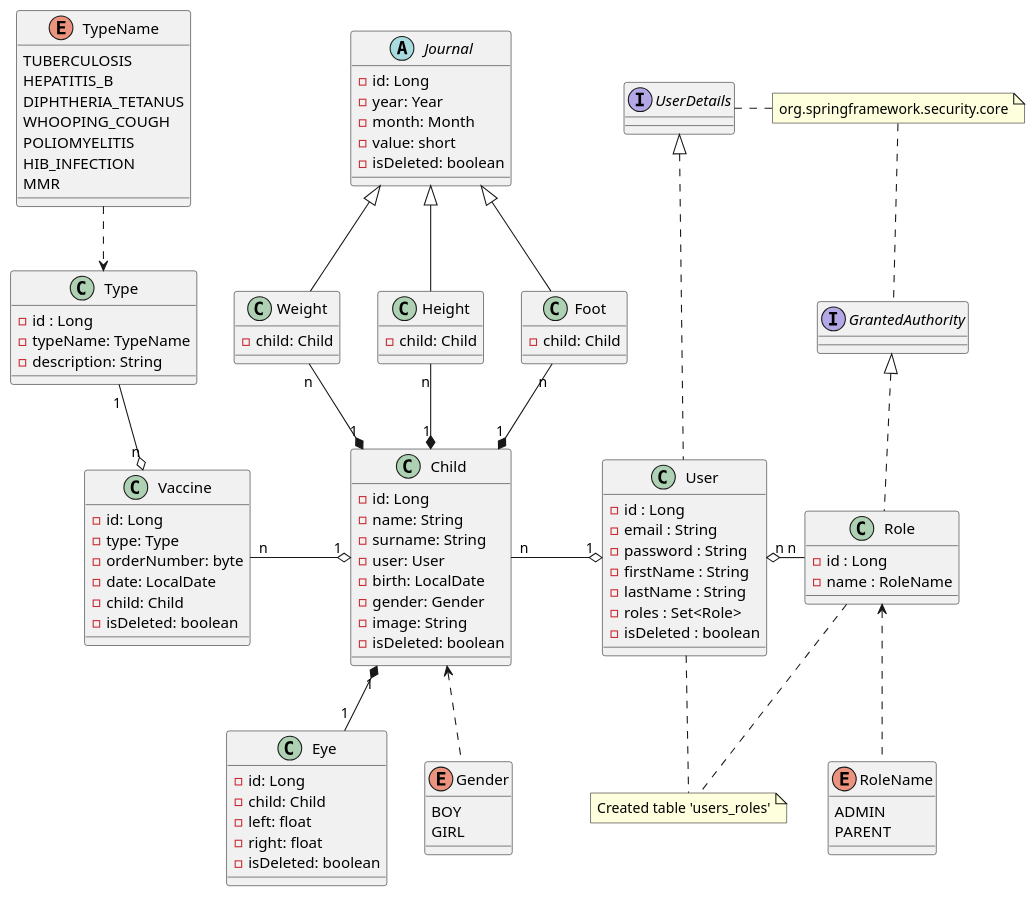
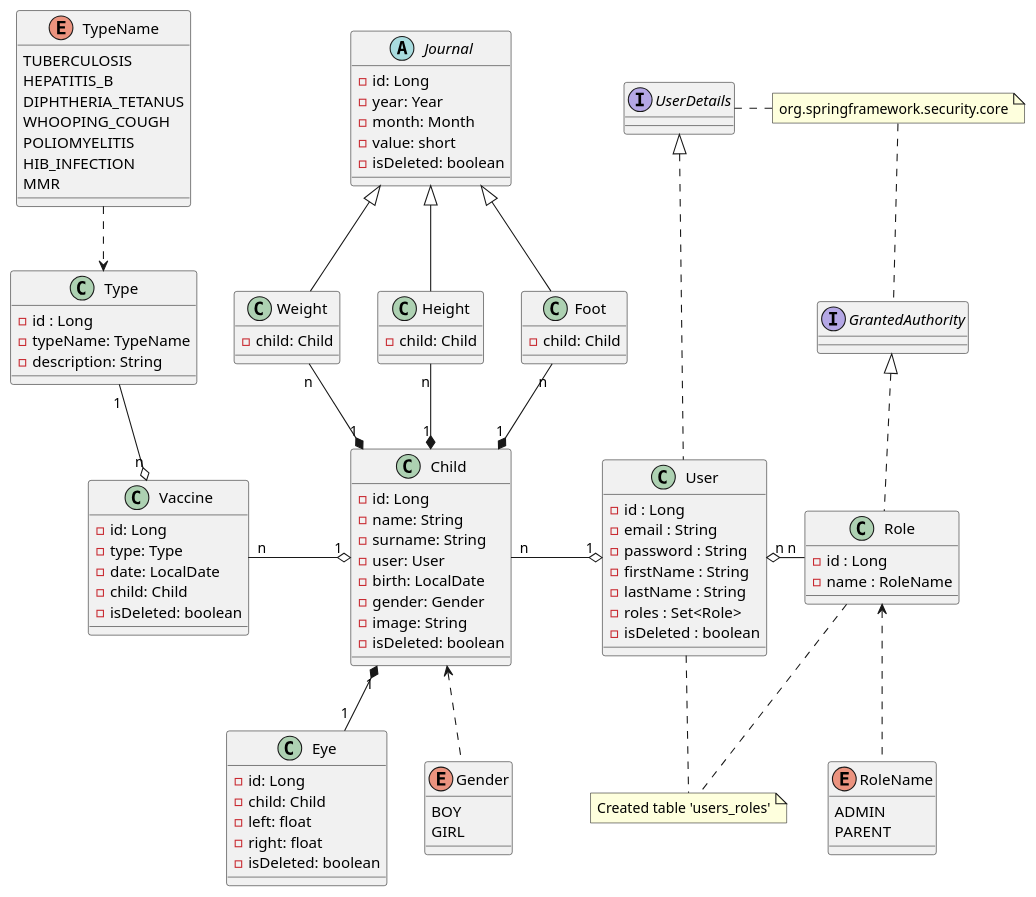
One commit to fe-july-91/ChildVaccinationDiary changed the diagram in modelUML.puml. Above: the diagram before and after it, drawn with PlantUML.

Commit message:
edited uml

```diff
--- a/modelUML.puml
+++ b/modelUML.puml
@@ -1,122 +1,121 @@
 @startuml
 'https://plantuml.com/class-diagram
 
 interface UserDetails
 interface GrantedAuthority
 
 class User {
 - id : Long
 - email : String
 - password : String
 - firstName : String
 - lastName : String
 - roles : Set<Role>
 - isDeleted : boolean
 }
 
 class Role {
 - id : Long
 - name : RoleName
 }
 
 enum RoleName {
 ADMIN
 PARENT
 }
 
 class Child {
 - id: Long
 - name: String
 - surname: String
 - user: User
 - birth: LocalDate
 - gender: Gender
 - image: String
 - isDeleted: boolean
 }
 
 class Eye {
 - id: Long
 - child: Child
 - left: float
 - right: float
 - isDeleted: boolean
 }
 
 enum Gender {
 BOY
 GIRL
 }
 
 abstract class Journal {
 - id: Long
 - year: Year
 - month: Month
 - value: short
 - isDeleted: boolean
 }
 
 class Weight {
 - child: Child
 }
 
 class Height {
 - child: Child
 }
 
 class Foot {
 - child: Child
 }
 
 class Type {
 - id : Long
 - typeName: TypeName
 - description: String
 }
 
 enum TypeName {
 TUBERCULOSIS
 HEPATITIS_B
 DIPHTHERIA_TETANUS
 WHOOPING_COUGH
 POLIOMYELITIS
 HIB_INFECTION
 MMR
 }
 
 class Vaccine {
 - id: Long
 - type: Type
-- orderNumber: byte
 - date: LocalDate
 - child: Child
 - isDeleted: boolean
 }
 
 Journal <|-- Weight
 Journal <|-- Height
 Journal <|-- Foot
 Weight "n" --* "1" Child
 Height "n" --* "1" Child
 Foot "n" --* "1" Child
 Type "1" --o "n" Vaccine
 Vaccine "n" -o "1" Child
 Child "1" *-- "1" Eye
 Child "n" -o "1" User
 User "n" o- "n" Role
 UserDetails <|.. User
 GrantedAuthority <|.. Role
 
 note "org.springframework.security.core" as MyNote
 MyNote .. GrantedAuthority
 UserDetails . MyNote
 
 note "Created table 'users_roles'" as MyNote2
 User .. MyNote2
 Role .. MyNote2
 
 Role <.. RoleName
 TypeName ..>Type
 Child <..Gender
 
 @enduml
```
